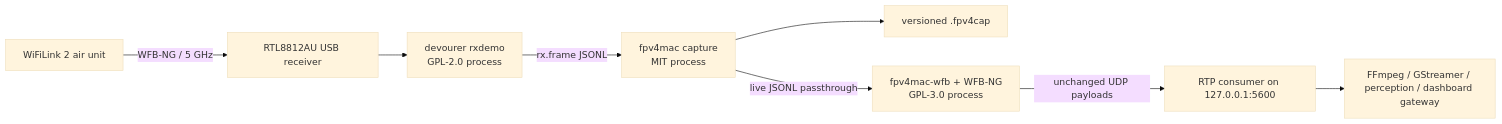
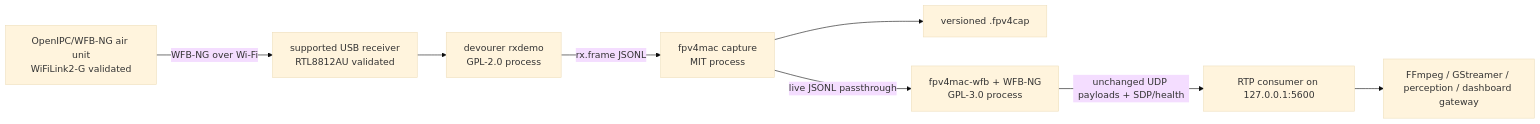
The diagram in docs/architecture.md (jakedcmp/fpv4mac), drawn with Mermaid (base theme) before and after one commit. The commit also changed other lines of this file and 15 other files, not shown here.

````diff
--- a/docs/architecture.md
+++ b/docs/architecture.md
@@ -5,10 +5,10 @@
 ```mermaid
 flowchart LR
-    Air["WiFiLink 2 air unit"] -->|"WFB-NG / 5 GHz"| Adapter["RTL8812AU USB receiver"]
+    Air["OpenIPC/WFB-NG air unit<br/>WiFiLink2-G validated"] -->|"WFB-NG over Wi-Fi"| Adapter["supported USB receiver<br/>RTL8812AU validated"]
     Adapter --> Driver["devourer rxdemo<br/>GPL-2.0 process"]
     Driver -->|"rx.frame JSONL"| Capture["fpv4mac capture<br/>MIT process"]
     Capture --> Disk["versioned .fpv4cap"]
     Capture -->|"live JSONL passthrough"| WFB["fpv4mac-wfb + WFB-NG<br/>GPL-3.0 process"]
-    WFB -->|"unchanged UDP payloads"| RTP["RTP consumer on 127.0.0.1:5600"]
+    WFB -->|"unchanged UDP payloads + SDP/health"| RTP["RTP consumer on 127.0.0.1:5600"]
     RTP --> Consumers["FFmpeg / GStreamer / perception / dashboard gateway"]
 ```
````
